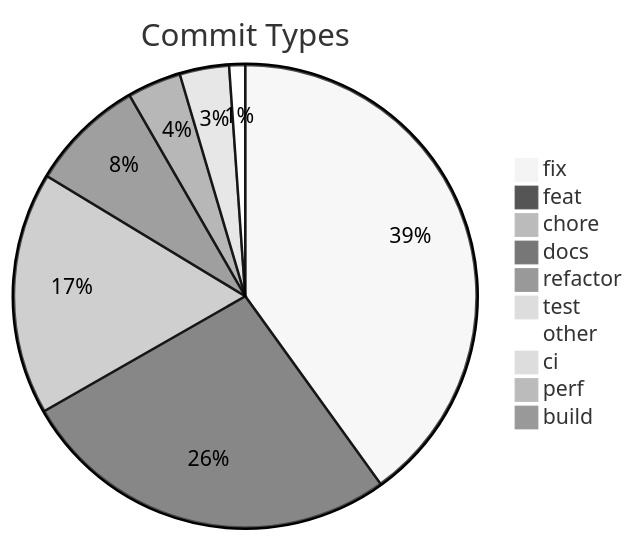
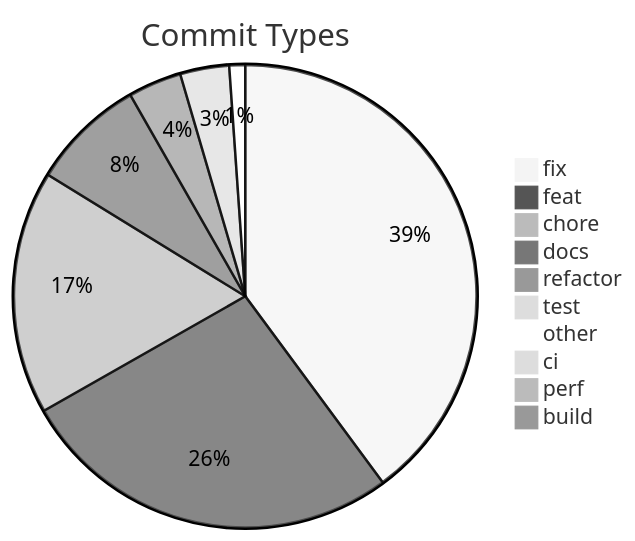
Before and after one commit to svenroth-ai/shipwright-webui: the diagram in .shipwright/compliance/change-history.md, drawn with Mermaid (neutral theme). The commit also changed other lines of this file and 39 other files, not shown here.

````diff
--- a/.shipwright/compliance/change-history.md
+++ b/.shipwright/compliance/change-history.md
@@ -10,13 +10,13 @@
 ```mermaid
 pie title Commit Types
-    "fix" : 395
-    "feat" : 263
-    "chore" : 167
+    "fix" : 396
+    "feat" : 267
+    "chore" : 169
     "docs" : 79
     "refactor" : 37
     "test" : 34
     "other" : 11
     "ci" : 8
     "perf" : 5
     "build" : 2
 ```
````
